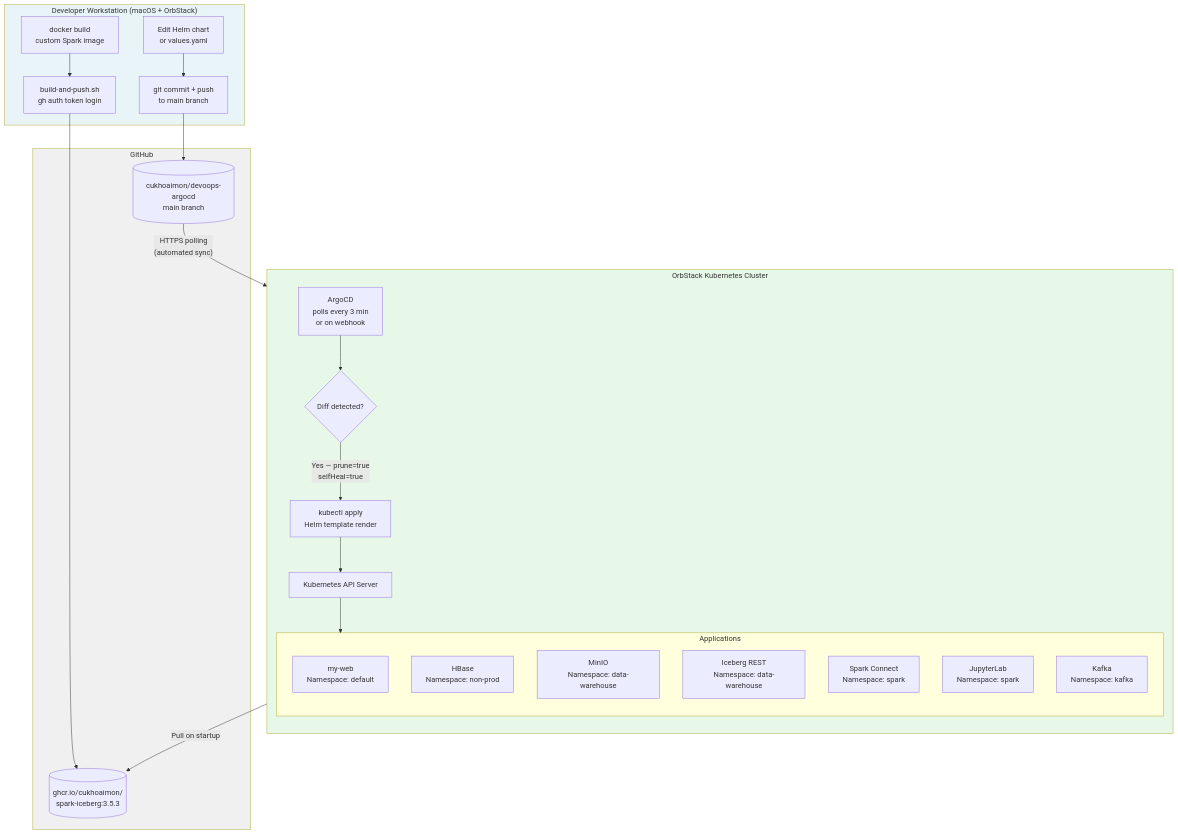
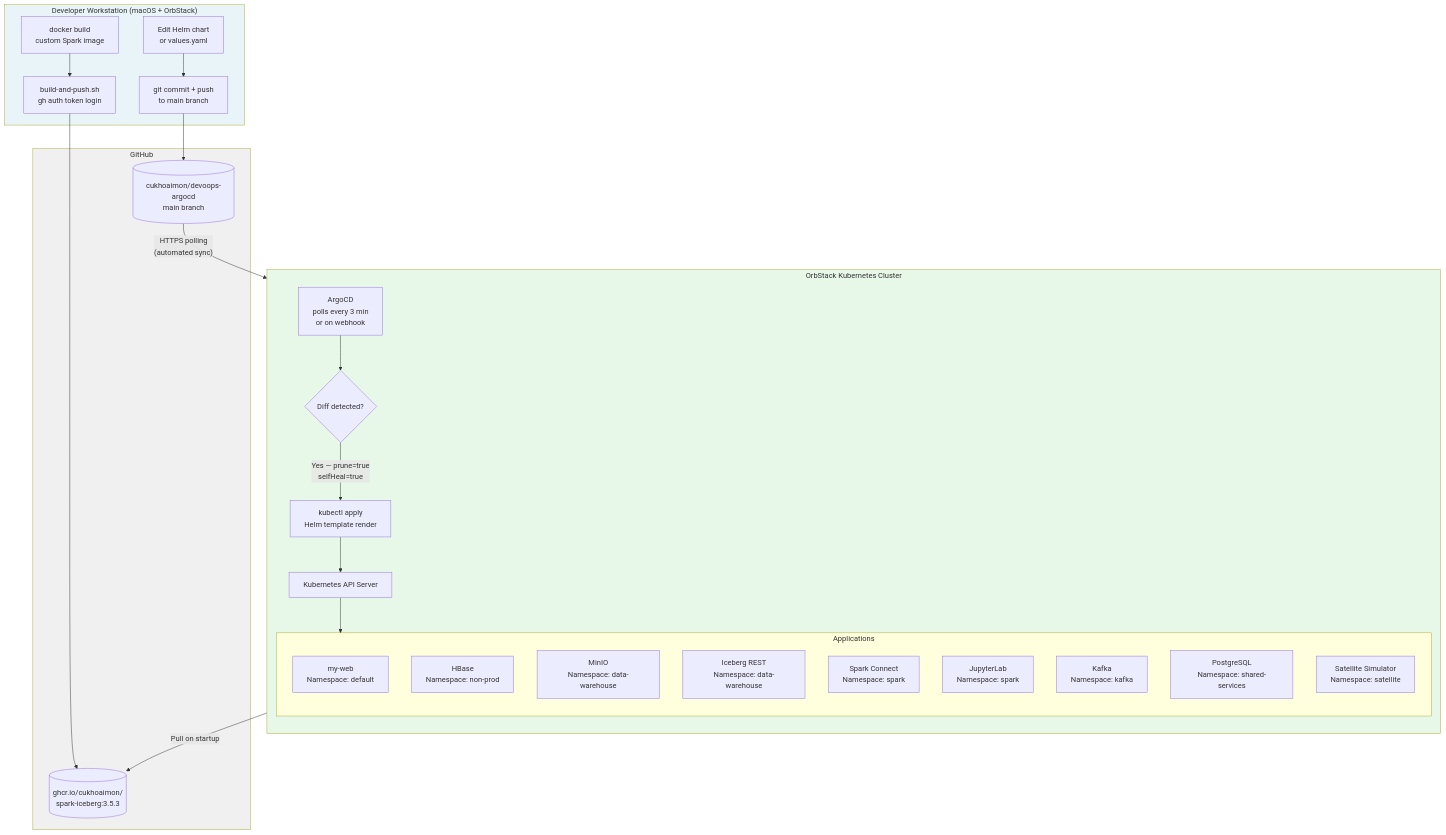
One commit to cukhoaimon/devoops-argocd changed the fourth of 9 diagrams in docs/architecture.md. Above: the diagram before and after it, drawn with Mermaid. The commit also changed other lines of this file and 27 other files, not shown here.

````diff
--- a/docs/architecture.md
+++ b/docs/architecture.md
@@ -130,44 +138,46 @@
 ```mermaid
 flowchart TD
   subgraph dev["Developer Workstation (macOS + OrbStack)"]
     A[Edit Helm chart\nor values.yaml]
     B[git commit + push\nto main branch]
     D[docker build\ncustom Spark image]
     E[build-and-push.sh\ngh auth token login]
   end
 
   subgraph github["GitHub"]
     C[(cukhoaimon/devoops-argocd\nmain branch)]
     F[(ghcr.io/cukhoaimon/\nspark-iceberg:3.5.3)]
   end
 
   subgraph cluster["OrbStack Kubernetes Cluster"]
     direction TB
     G[ArgoCD\npolls every 3 min\nor on webhook]
     H{Diff detected?}
     I[kubectl apply\nHelm template render]
     J[Kubernetes API Server]
 
     subgraph apps["Applications"]
       K[my-web\nNamespace: default]
       L[HBase\nNamespace: non-prod]
       M[MinIO\nNamespace: data-warehouse]
       N[Iceberg REST\nNamespace: data-warehouse]
       O[Spark Connect\nNamespace: spark]
       P[JupyterLab\nNamespace: spark]
       Q[Kafka\nNamespace: kafka]
+      R[PostgreSQL\nNamespace: shared-services]
+      S[Satellite Simulator\nNamespace: satellite]
     end
   end
 
   A --> B --> C
   D --> E --> F
   C -->|"HTTPS polling\n(automated sync)"| G
   G --> H
   H -->|"Yes — prune=true\nselfHeal=true"| I
   I --> J --> apps
   O -->|Pull on startup| F
 
   style dev fill:#e8f4f8
   style github fill:#f0f0f0
   style cluster fill:#e8f8e8
 ```
````
